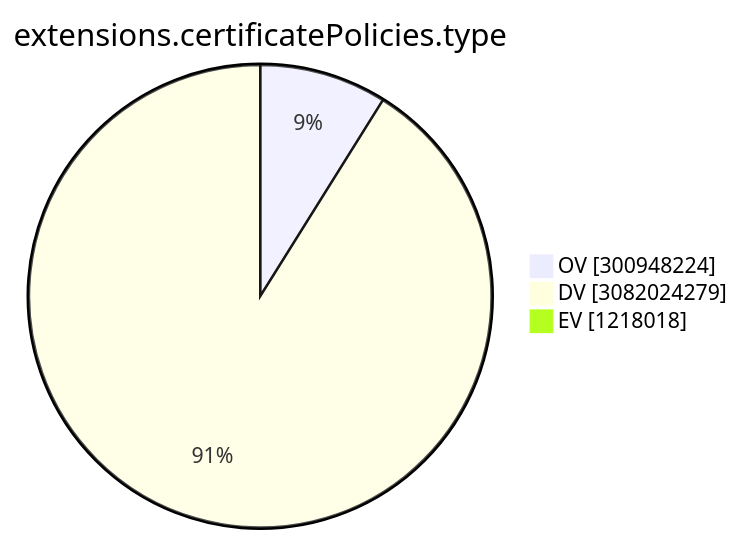
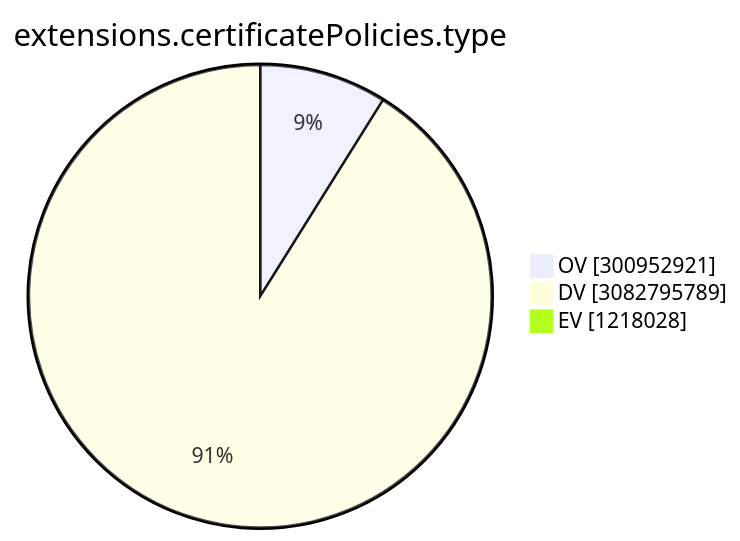
The ninth of 15 diagrams in TOTAL/README.md (christiankrug/ctmonitor_visualization), drawn with Mermaid before and after one commit. The commit also changed other lines of this file, not shown here.

````diff
--- a/TOTAL/README.md
+++ b/TOTAL/README.md
@@ -3103,7 +3103,7 @@
 ```mermaid
 pie showData
 title extensions.certificatePolicies.type
-"OV" :300948224
-"DV" :3082024279
-"EV" :1218018
+"OV" :300952921
+"DV" :3082795789
+"EV" :1218028
 ```
````
